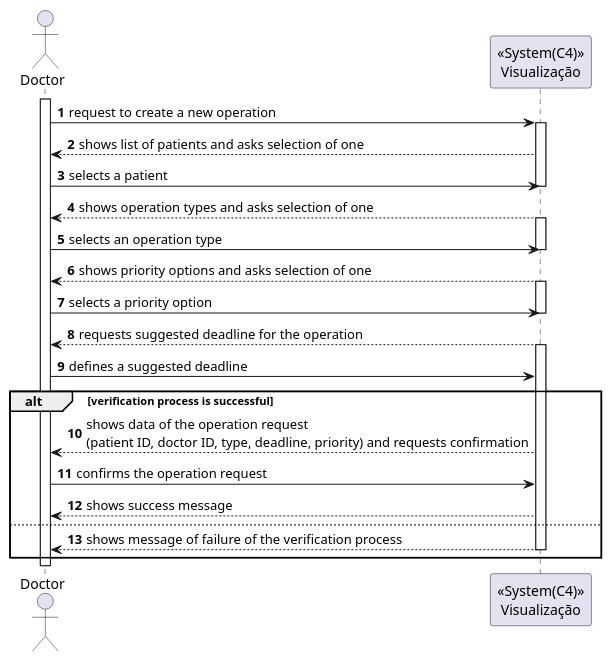
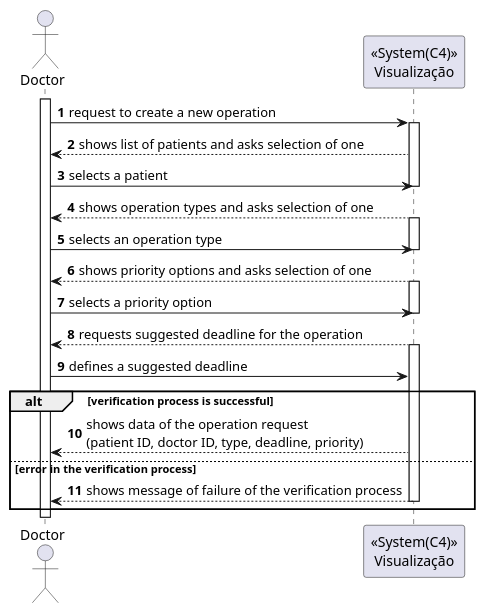
One commit to Saquinho74/LAPR5 changed the diagram in Docs/SprintA/US16/level1/process_view.puml. Above: the diagram before and after it, drawn with PlantUML.

Commit message:
Process view level 1 updated

```diff
--- a/Docs/SprintA/US16/level1/process_view.puml
+++ b/Docs/SprintA/US16/level1/process_view.puml
@@ -1,66 +1,60 @@
 @startuml
 'https://plantuml.com/sequence-diagram
 
 autonumber
 actor Doctor as doc
 participant "<<System(C4)>>\nVisualização" as sys
 
 activate doc
 
 doc -> sys: request to create a new operation
 
 activate sys
 
 sys --> doc: shows list of patients and asks selection of one
 doc -> sys: selects a patient
 
 deactivate sys
 
 sys --> doc: shows operation types and asks selection of one
 
 activate sys
 
 
 doc -> sys: selects an operation type
 deactivate sys
 
 
 sys --> doc: shows priority options and asks selection of one
 activate sys
 
 doc -> sys: selects a priority option
 
 deactivate sys
 
 
 sys --> doc: requests suggested deadline for the operation
 activate sys
 
 doc -> sys: defines a suggested deadline
 
 
 
 
 
 
 
 alt verification process is successful
 
-  sys --> doc: shows data of the operation request \n(patient ID, doctor ID, type, deadline, priority) and requests confirmation
+  sys --> doc: shows data of the operation request \n(patient ID, doctor ID, type, deadline, priority)
 
 
-  doc -> sys: confirms the operation request
-
-
-    sys --> doc: shows success message
-
-
-else
+else error in the verification process
 
   sys --> doc: shows message of failure of the verification process
 
   deactivate sys
 
 end
 
 @enduml
```
